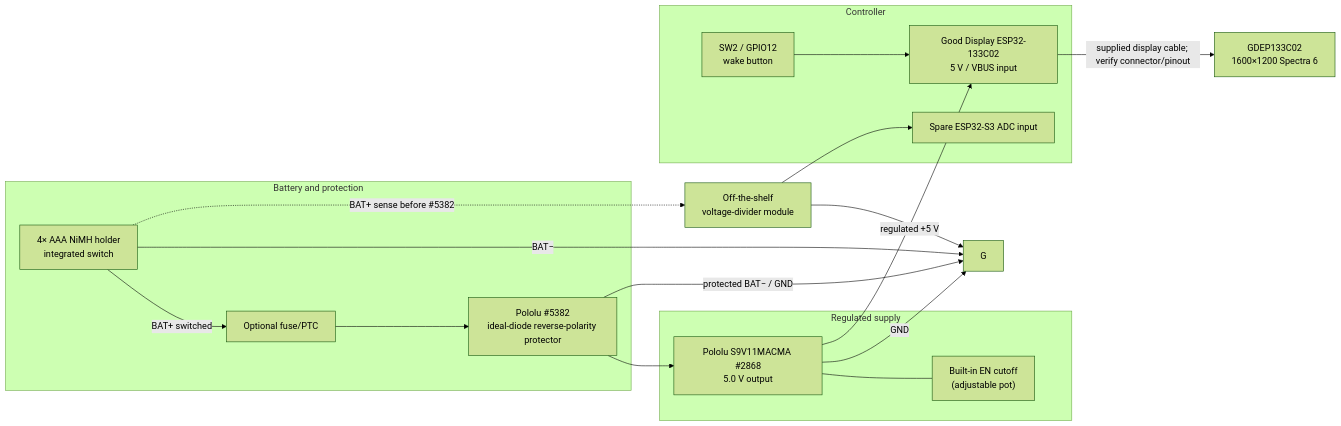
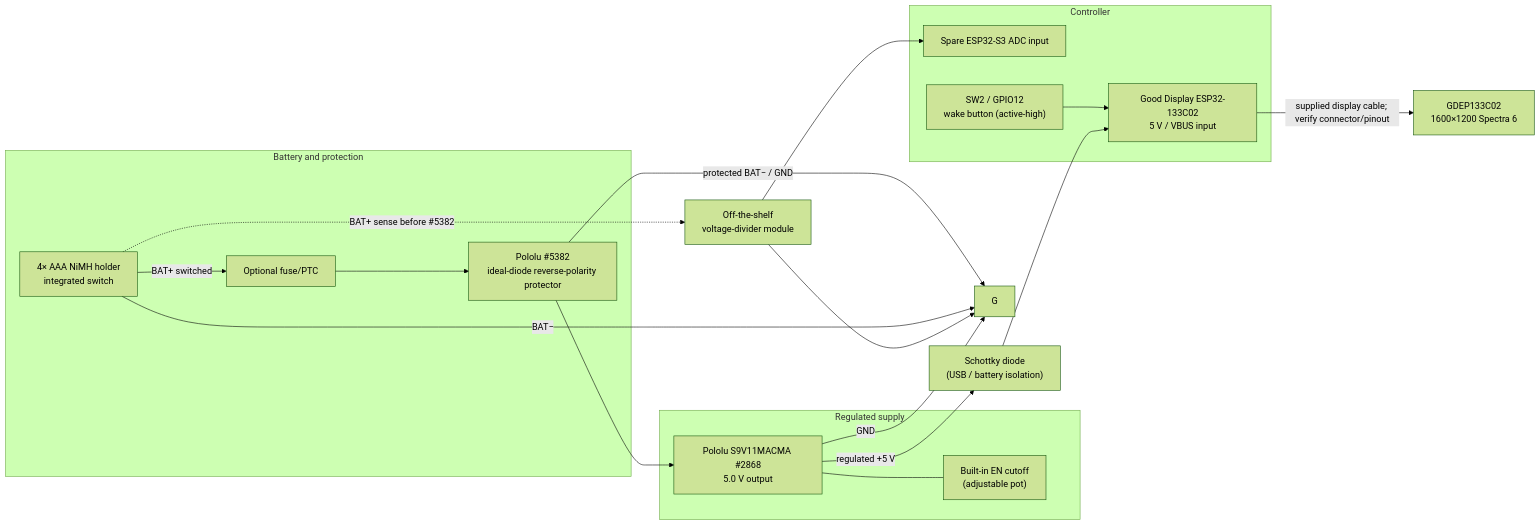
One commit to Maokx1/hof_frame changed the diagram in docs/WIRING.md. Above: the diagram before and after it, drawn with Mermaid (forest theme). The commit also changed other lines of this file and 3 other files, not shown here.

````diff
--- a/docs/WIRING.md
+++ b/docs/WIRING.md
@@ -10,31 +10,32 @@
 ```mermaid
 flowchart LR
     subgraph BAT["Battery and protection"]
         H["4× AAA NiMH holder<br/>integrated switch"]
         F["Optional fuse/PTC"]
         P["Pololu #5382<br/>ideal-diode reverse-polarity protector"]
     end
+    SD["Schottky diode<br/>(USB / battery isolation)"]
 
     subgraph REG["Regulated supply"]
         C["Pololu S9V11MACMA #2868<br/>5.0 V output"]
         E["Built-in EN cutoff<br/>(adjustable pot)"]
     end
 
     subgraph CTRL["Controller"]
         B["Good Display ESP32-133C02<br/>5 V / VBUS input"]
         A["Spare ESP32-S3 ADC input"]
-        W["SW2 / GPIO12<br/>wake button"]
+        W["SW2 / GPIO12<br/>wake button (active-high)"]
     end
 
     D["Off-the-shelf<br/>voltage-divider module"] --> A
     D --> G
 
-    H -->|"BAT+ switched"| F --> P --> C -->|"regulated +5 V"| B
+    H -->|"BAT+ switched"| F --> P --> C -->|"regulated +5 V"| SD --> B
     H -->|"BAT−"| G
     P -->|"protected BAT− / GND"| G
     C -->|"GND"| G
     H -. "BAT+ sense before #5382" .-> D
     C --- E
     W --> B
     B -->|"supplied display cable; verify connector/pinout"| X["GDEP133C02<br/>1600×1200 Spectra 6"]
 ```
````
